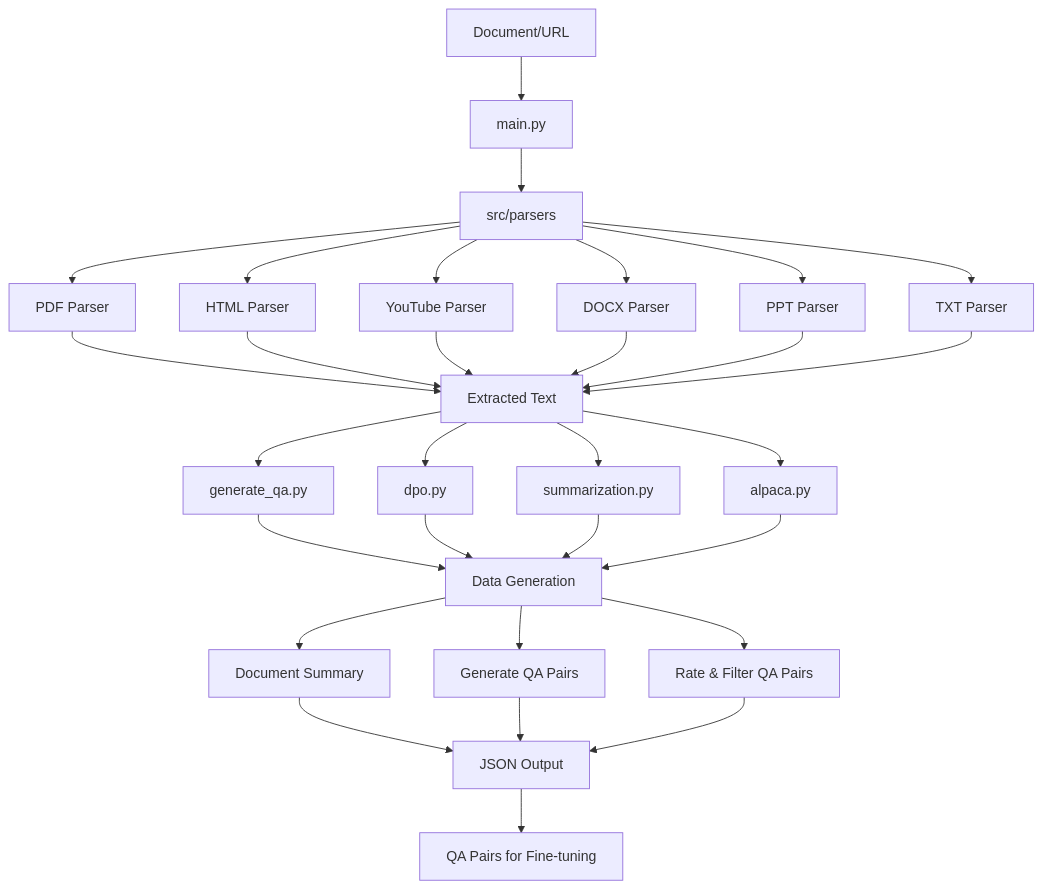
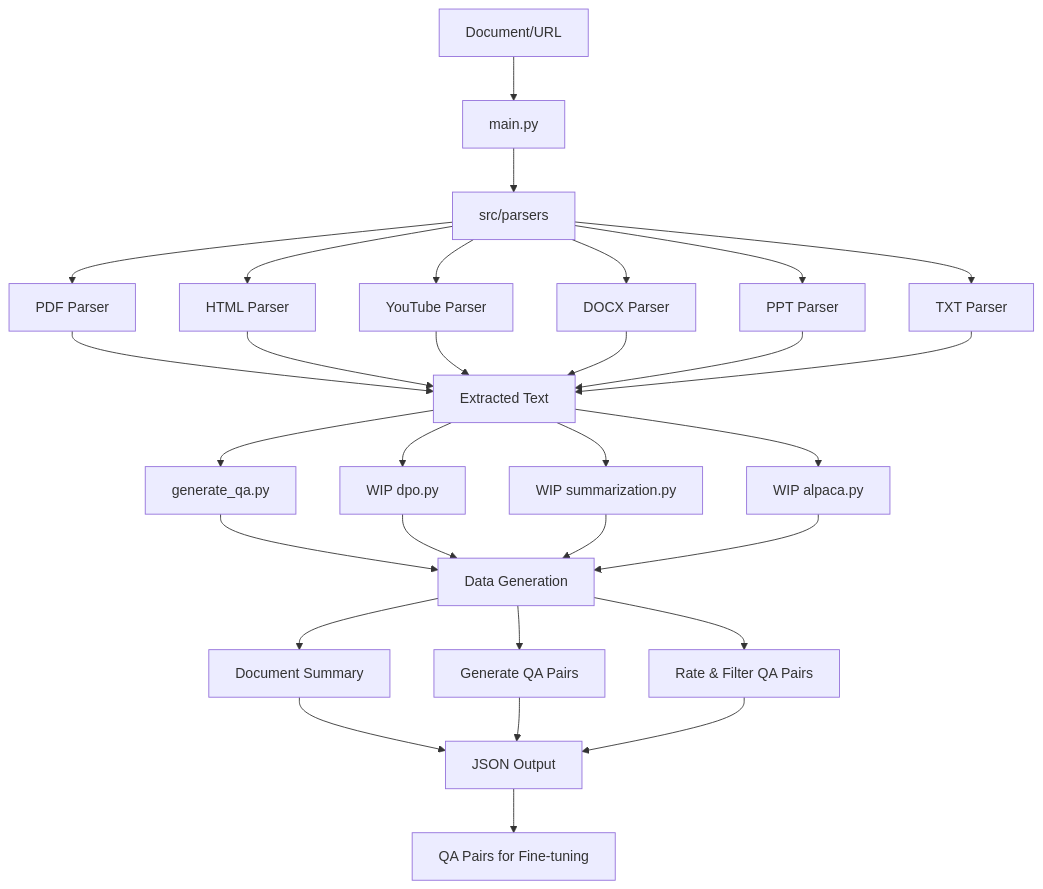
The diagram in end-to-end-use-cases/data-tool/ReadMe.MD (meta-llama/llama-cookbook), drawn with Mermaid before and after one commit.

````diff
--- a/end-to-end-use-cases/data-tool/ReadMe.MD
+++ b/end-to-end-use-cases/data-tool/ReadMe.MD
@@ -128,29 +128,29 @@
 ```mermaid
 graph TD
     A[Document/URL] --> B[main.py]
     B --> C[src/parsers]
     C --> D[PDF Parser]
     C --> E[HTML Parser]
     C --> F[YouTube Parser]
     C --> G[DOCX Parser]
     C --> H[PPT Parser]
     C --> I[TXT Parser]
     D & E & F & G & H & I --> J[Extracted Text]
     
     J --> K[generate_qa.py]
-    J --> KK[dpo.py]
-    J --> KL[summarization.py]
-    J --> KM[alpaca.py]
+    J --> KK[WIP dpo.py]
+    J --> KL[WIP summarization.py]
+    J --> KM[WIP alpaca.py]
 
     K --> M[Data Generation]
     KK --> M[Data Generation]
     KL --> M[Data Generation]
     KM--> M[Data Generation]
     
     M --> N[Document Summary]
     M --> O[Generate QA Pairs]
     M --> P[Rate & Filter QA Pairs]
     
     N & O & P --> Q[JSON Output]
     Q --> R[QA Pairs for Fine-tuning]
 ```
````
